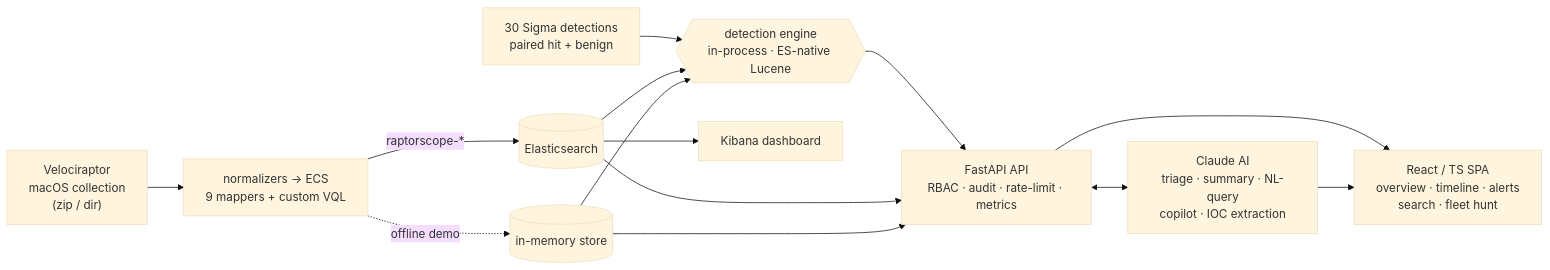
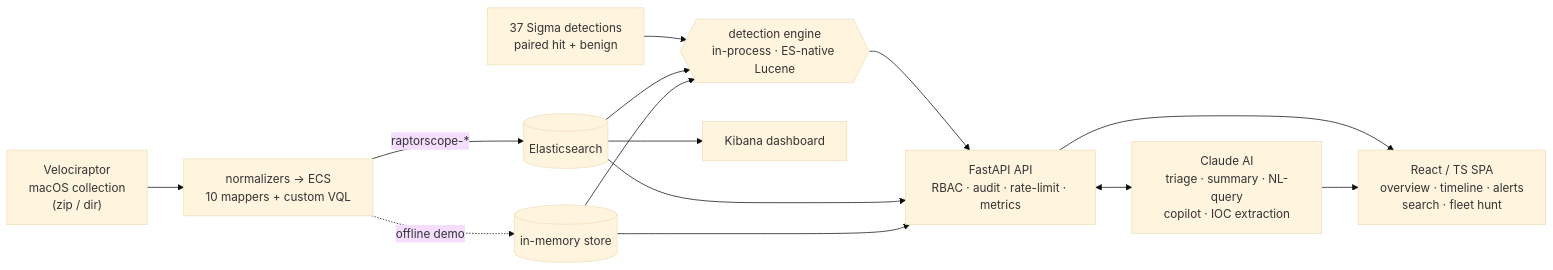
One commit to cac0ns3c/Raptorscope changed the diagram in README.md. Above: the diagram before and after it, drawn with Mermaid (base theme). The commit also changed other lines of this file, not shown here.

Commit message:
docs: README to 6 datasets / 37 detections (+ macos.network row, updated counts)

````diff
--- a/README.md
+++ b/README.md
@@ -49,16 +49,16 @@
 ```mermaid
 flowchart LR
-  VR["Velociraptor<br/>macOS collection<br/>(zip / dir)"] --> N["normalizers → ECS<br/>9 mappers + custom VQL"]
+  VR["Velociraptor<br/>macOS collection<br/>(zip / dir)"] --> N["normalizers → ECS<br/>10 mappers + custom VQL"]
   N -->|"raptorscope-*"| ES[("Elasticsearch")]
   N -.->|"offline demo"| MEM[("in-memory store")]
-  RULES["30 Sigma detections<br/>paired hit + benign"] --> DET
+  RULES["37 Sigma detections<br/>paired hit + benign"] --> DET
   ES --> DET{{"detection engine<br/>in-process · ES-native Lucene"}}
   MEM --> DET
   DET --> API["FastAPI API<br/>RBAC · audit · rate-limit · metrics"]
   ES --> API
   MEM --> API
   API --> SPA["React / TS SPA<br/>overview · timeline · alerts<br/>search · fleet hunt"]
   API <--> AI["Claude AI<br/>triage · summary · NL-query<br/>copilot · IOC extraction"]
   AI --> SPA
   ES --> KB["Kibana dashboard"]
 ```
````
